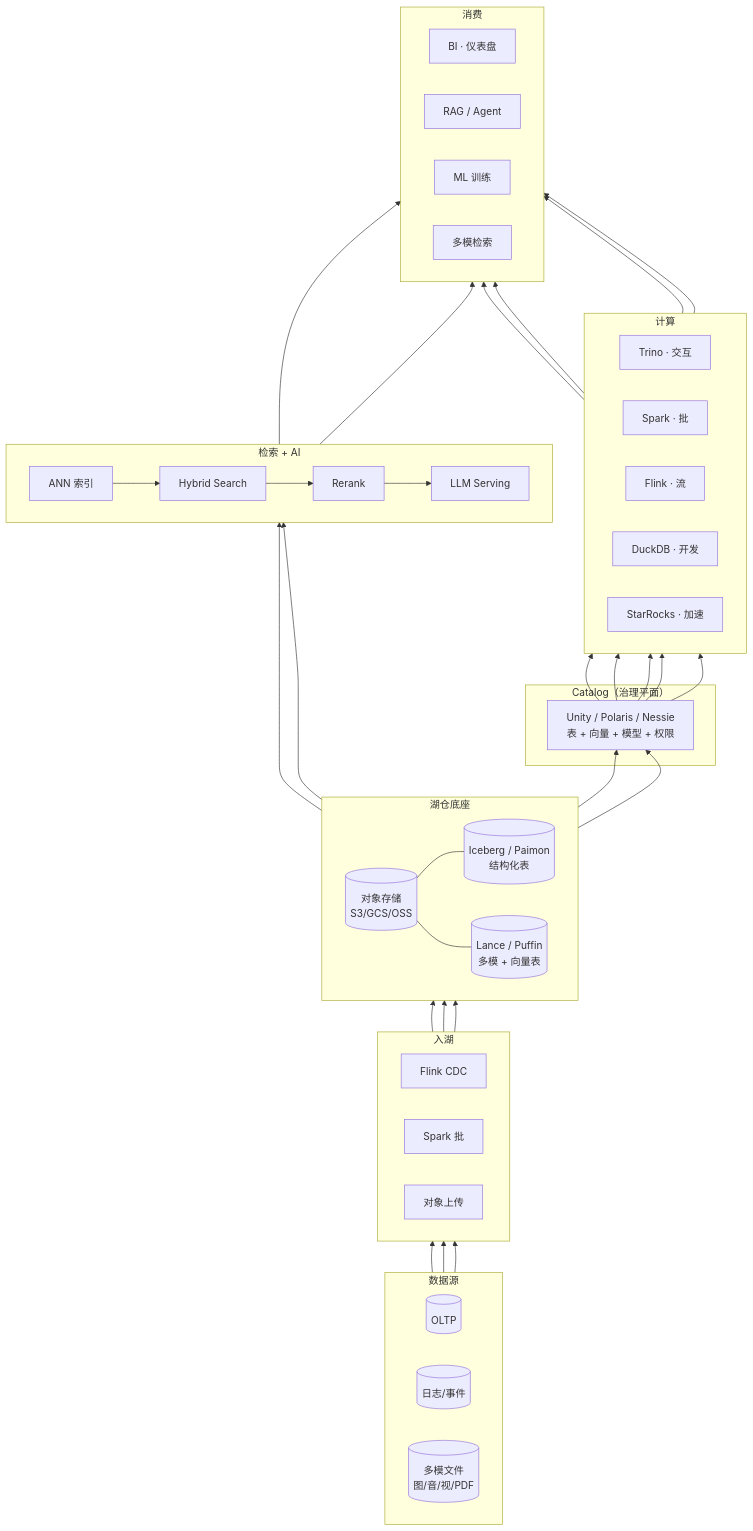
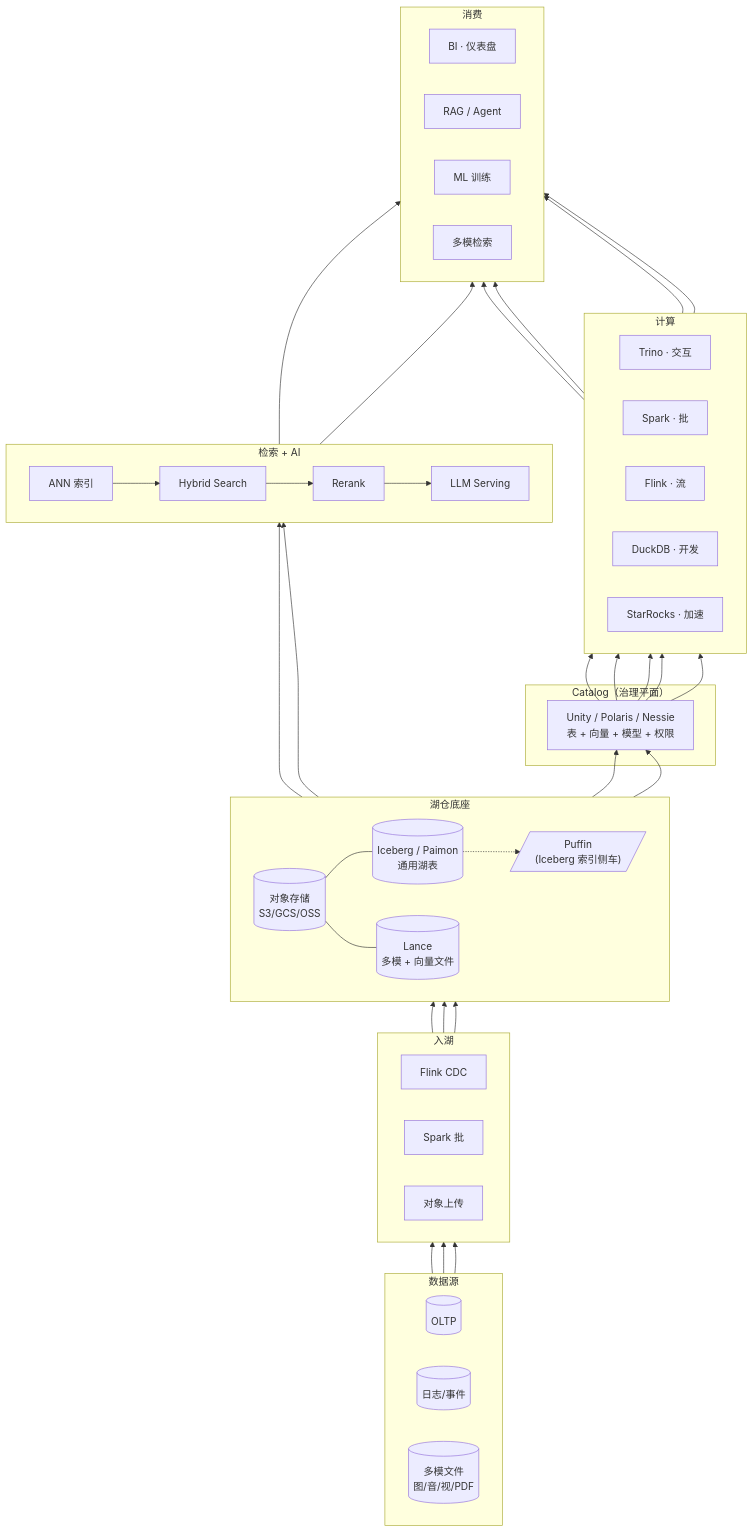
One commit to wangyong9999/lakehouse-wiki changed the diagram in docs/index.md. Above: the diagram before and after it, drawn with Mermaid.

Commit message:
fix: 首页 mermaid 架构图修正 Puffin 定位
- 原来把 Puffin 和 Lance 画在一起标为'多模+向量表'，会让读者误以为 Puffin 是一种表格式；实际 Puffin 是 Iceberg 的索引 sidecar 文件
- 拆为独立节点 puffin[/Puffin (Iceberg 索引侧车)/]，用虚线 iceberg -.-> puffin 表示依附关系
- 同时把 Iceberg/Paimon 标签从'结构化表'改为'通用湖表'（两者也支持嵌套/半结构化类型）

```diff
--- a/docs/index.md
+++ b/docs/index.md
@@ -41,10 +41,12 @@
   subgraph "湖仓底座"
     direction LR
     storage[(对象存储<br/>S3/GCS/OSS)]
-    iceberg[(Iceberg / Paimon<br/>结构化表)]
-    lance[(Lance / Puffin<br/>多模 + 向量表)]
+    iceberg[(Iceberg / Paimon<br/>通用湖表)]
+    lance[(Lance<br/>多模 + 向量文件)]
+    puffin[/"Puffin<br/>(Iceberg 索引侧车)"/]
     storage --- iceberg
     storage --- lance
+    iceberg -.-> puffin
   end
 
   subgraph "Catalog（治理平面）"
```
